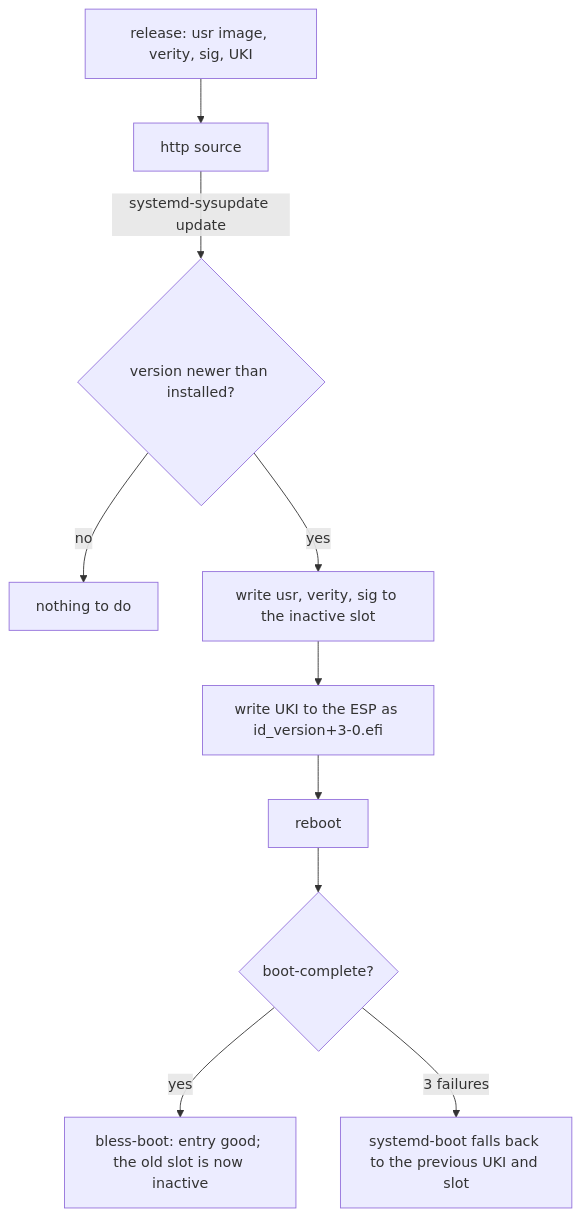
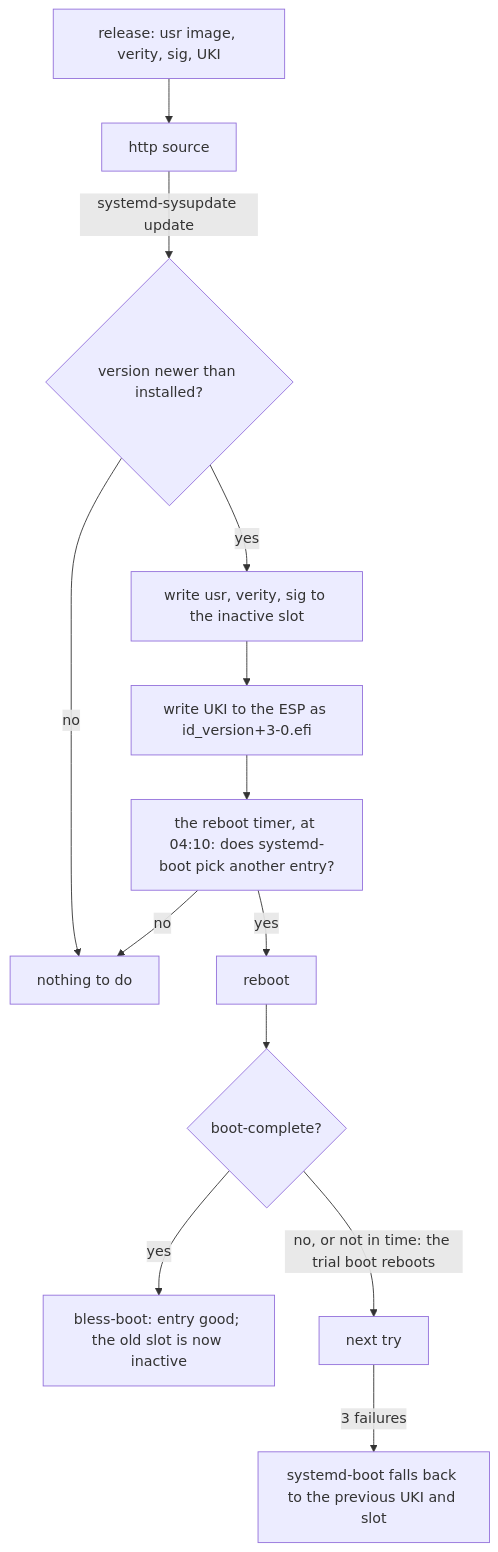
One commit to slophaer/golconda changed the diagram in docs/design/updates.md. Above: the diagram before and after it, drawn with Mermaid. The commit also changed other lines of this file and 18 other files, not shown here.

````diff
--- a/docs/design/updates.md
+++ b/docs/design/updates.md
@@ -8,12 +9,15 @@
 ```mermaid
 flowchart TD
   rel[release: usr image, verity, sig, UKI] --> src[http source]
   src -->|systemd-sysupdate update| chk{version newer than installed?}
   chk -->|no| done[nothing to do]
   chk -->|yes| w1[write usr, verity, sig to the inactive slot]
   w1 --> w2[write UKI to the ESP as id_version+3-0.efi]
-  w2 --> reboot
+  w2 --> window[the reboot timer, at 04:10: does systemd-boot pick another entry?]
+  window -->|yes| reboot
+  window -->|no| done
   reboot --> good{boot-complete?}
   good -->|yes| bless[bless-boot: entry good; the old slot is now inactive]
-  good -->|3 failures| fallback[systemd-boot falls back to the previous UKI and slot]
+  good -->|no, or not in time: the trial boot reboots| retry[next try]
+  retry -->|3 failures| fallback[systemd-boot falls back to the previous UKI and slot]
 ```
````
